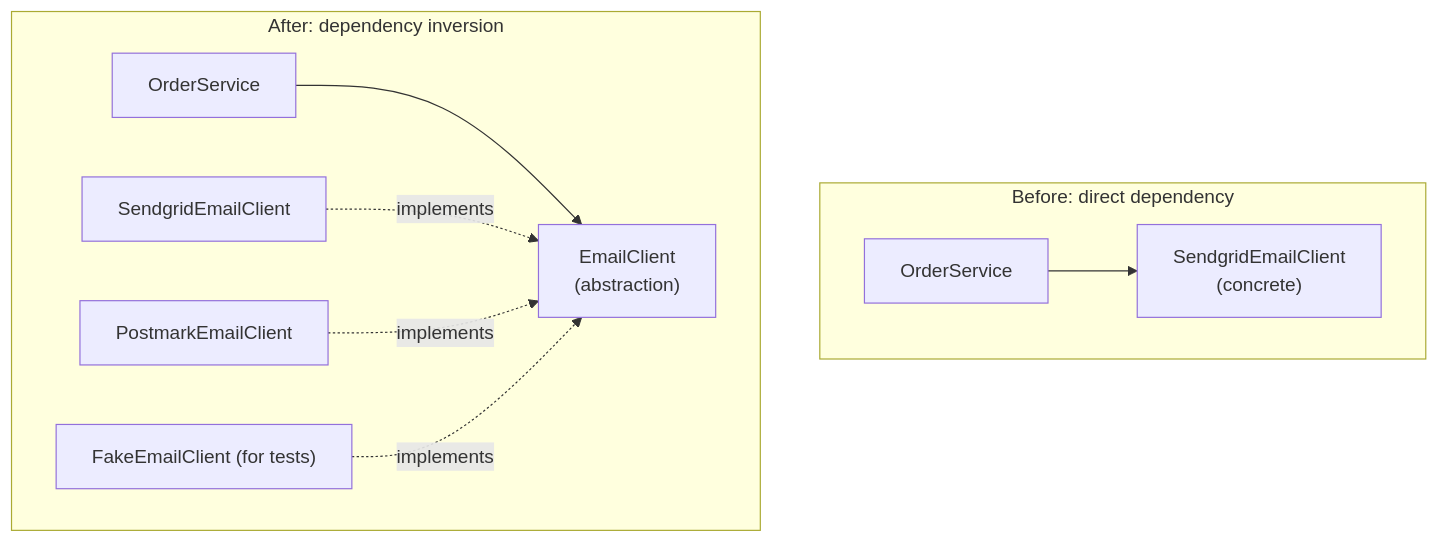
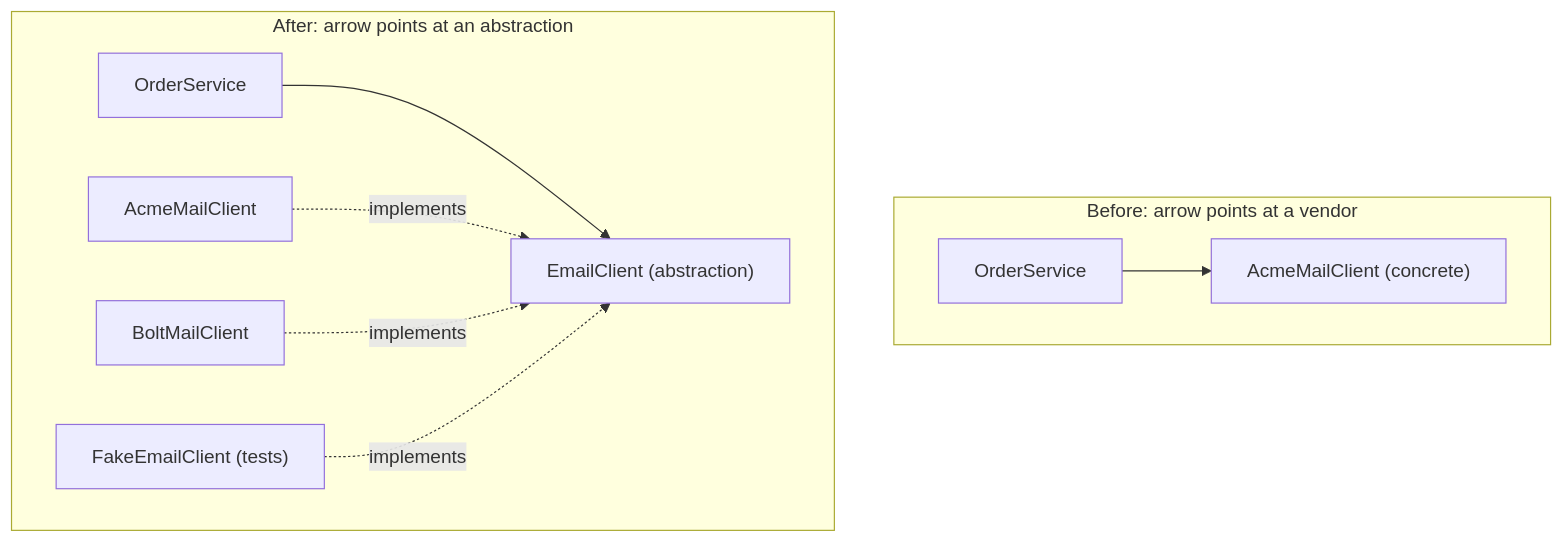
One commit to francoandreDev/knowledge changed the diagram in src/content/software-design/solid-principles/L2-concept.mdx. Above: the diagram before and after it, drawn with Mermaid. The commit also changed other lines of this file and 16 other files, not shown here.

````diff
--- a/src/content/software-design/solid-principles/L2-concept.mdx
+++ b/src/content/software-design/solid-principles/L2-concept.mdx
@@ -66,12 +70,12 @@
 ```mermaid
 flowchart TD
-    subgraph "Before: direct dependency"
-    A1["OrderService"] --> B1["SendgridEmailClient\n(concrete)"]
+    subgraph before["Before: arrow points at a vendor"]
+    A1["OrderService"] --> B1["AcmeMailClient (concrete)"]
     end
-    subgraph "After: dependency inversion"
-    A2["OrderService"] --> C["EmailClient\n(abstraction)"]
-    D1["SendgridEmailClient"] -.implements.-> C
-    D2["PostmarkEmailClient"] -.implements.-> C
-    D3["FakeEmailClient (for tests)"] -.implements.-> C
+    subgraph after["After: arrow points at an abstraction"]
+    A2["OrderService"] --> C["EmailClient (abstraction)"]
+    D1["AcmeMailClient"] -.implements.-> C
+    D2["BoltMailClient"] -.implements.-> C
+    D3["FakeEmailClient (tests)"] -.implements.-> C
     end
 ```
````
